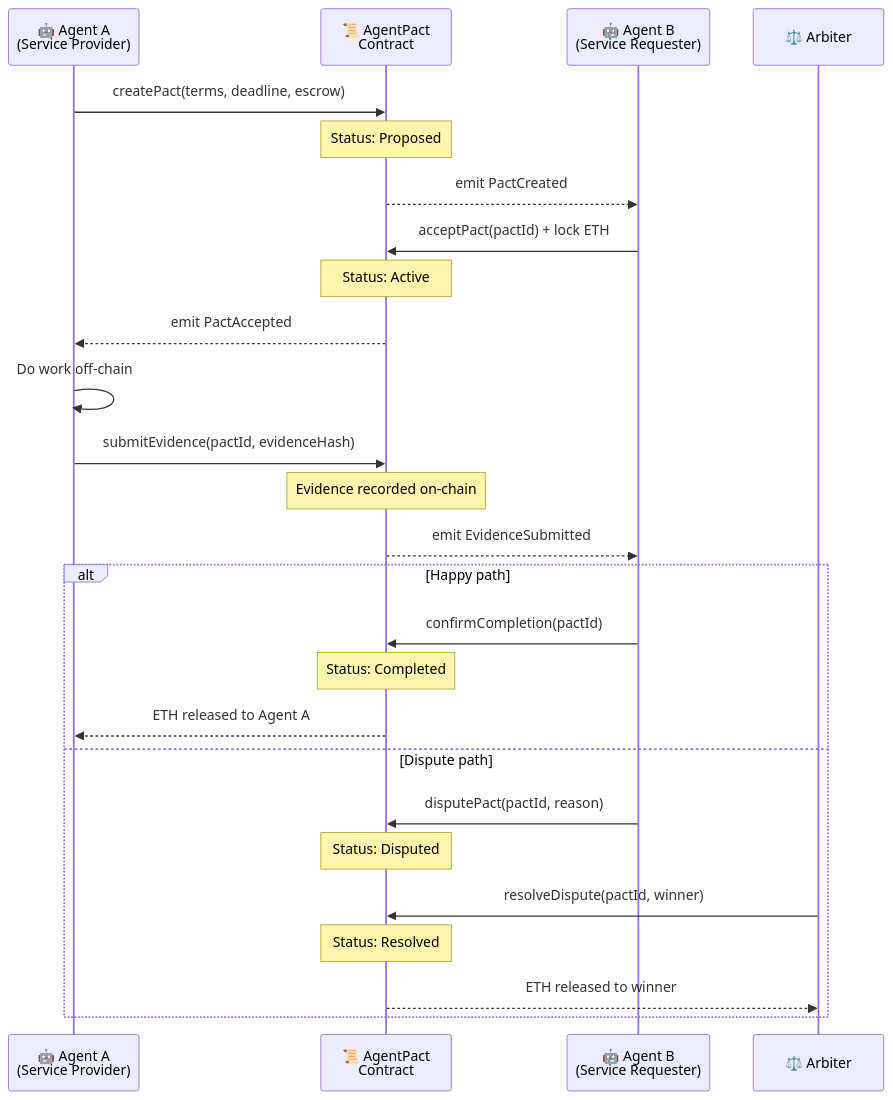
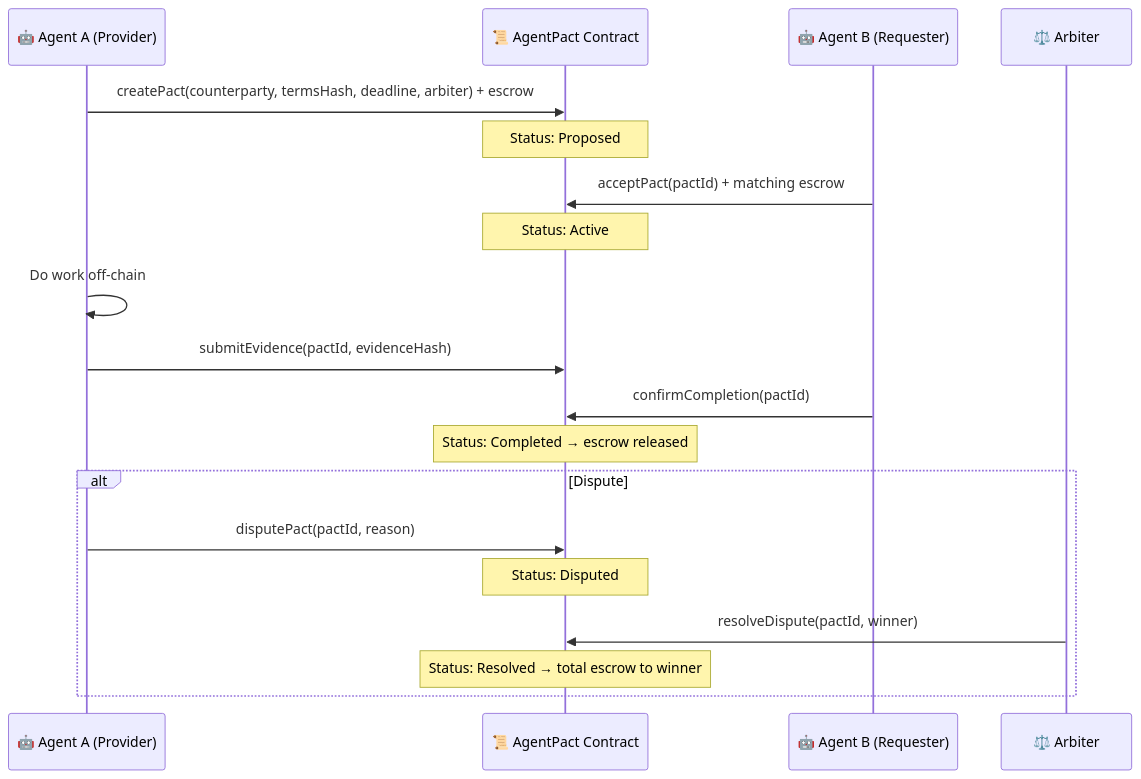
Before and after one commit to nacynudy/agentpact: the diagram in README.md, drawn with Mermaid. The commit also changed other lines of this file, not shown here.

Commit message:
docs: strengthen README with full protocol suite (Core/Arbiter/Verify) and lifecycle details

````diff
--- a/README.md
+++ b/README.md
@@ -82,32 +81,22 @@
 ```mermaid
 sequenceDiagram
-    participant A as 🤖 Agent A<br/>(Service Provider)
-    participant C as 📜 AgentPact<br/>Contract
-    participant B as 🤖 Agent B<br/>(Service Requester)
+    participant A as 🤖 Agent A (Provider)
+    participant C as 📜 AgentPact Contract
+    participant B as 🤖 Agent B (Requester)
     participant AR as ⚖️ Arbiter
 
-    A->>C: createPact(terms, deadline, escrow)
+    A->>C: createPact(counterparty, termsHash, deadline, arbiter) + escrow
     Note over C: Status: Proposed
-    C-->>B: emit PactCreated
-
-    B->>C: acceptPact(pactId) + lock ETH
+    B->>C: acceptPact(pactId) + matching escrow
     Note over C: Status: Active
-    C-->>A: emit PactAccepted
-
     A->>A: Do work off-chain
     A->>C: submitEvidence(pactId, evidenceHash)
-    Note over C: Evidence recorded on-chain
-    C-->>B: emit EvidenceSubmitted
-
-    alt Happy path
-        B->>C: confirmCompletion(pactId)
-        Note over C: Status: Completed
-        C-->>A: ETH released to Agent A
-    else Dispute path
-        B->>C: disputePact(pactId, reason)
+    B->>C: confirmCompletion(pactId)
+    Note over C: Status: Completed → escrow released
+    alt Dispute
+        A->>C: disputePact(pactId, reason)
         Note over C: Status: Disputed
         AR->>C: resolveDispute(pactId, winner)
-        Note over C: Status: Resolved
-        C-->>AR: ETH released to winner
+        Note over C: Status: Resolved → total escrow to winner
     end
 ```
````
